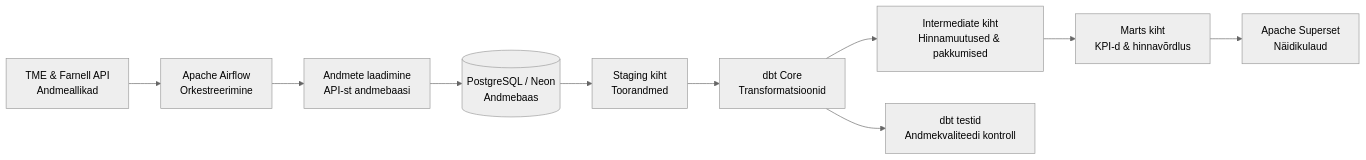
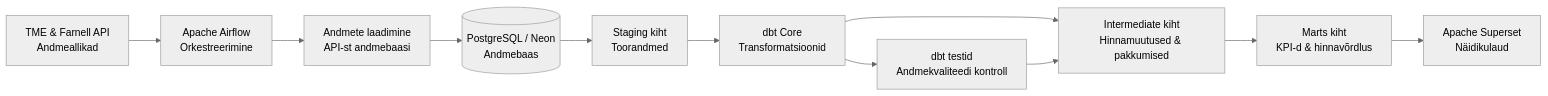
The diagram in docs/arhitektuur.md (mplza/tarnijakataloogid), drawn with Mermaid (neutral theme) before and after one commit.

Commit message:
Lisa dbt testide tagasiseos diagrammis

````diff
--- a/docs/arhitektuur.md
+++ b/docs/arhitektuur.md
@@ -49,15 +49,16 @@
 ```mermaid
 flowchart LR
     A["TME & Farnell API<br/>Andmeallikad"] --> B["Apache Airflow<br/>Orkestreerimine"]
     B --> C["Andmete laadimine<br/>API-st andmebaasi"]
     C --> D[("PostgreSQL / Neon<br/>Andmebaas")]
 
     D --> E["Staging kiht<br/>Toorandmed"]
     E --> F["dbt Core<br/>Transformatsioonid"]
     F --> G["Intermediate kiht<br/>Hinnamuutused & pakkumised"]
     G --> H["Marts kiht<br/>KPI-d & hinnavõrdlus"]
 
     F --> I["dbt testid<br/>Andmekvaliteedi kontroll"]
+    I --> G
 
     H --> J["Apache Superset<br/>Näidikulaud"]
 ```
````
